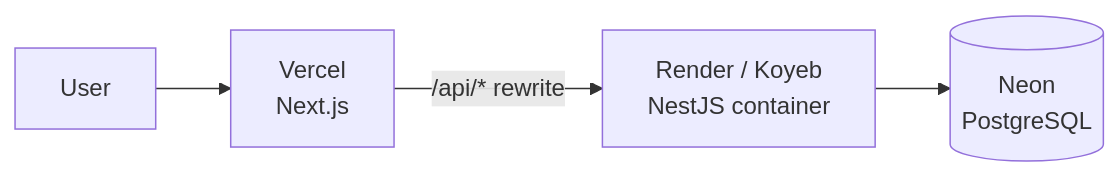
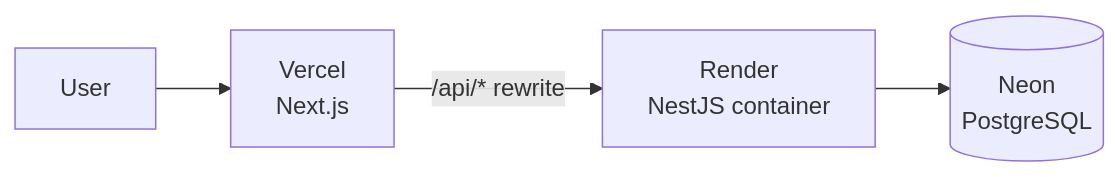
One commit to istiak133/Tesla changed the fifth of 5 diagrams in docs/architecture.md. Above: the diagram before and after it, drawn with Mermaid. The commit also changed other lines of this file and 2 other files, not shown here.

Commit message:
docs: align architecture and assumptions with the implementation

````diff
--- a/docs/architecture.md
+++ b/docs/architecture.md
@@ -110,6 +113,6 @@
 ```mermaid
 flowchart LR
     U[User] --> V[Vercel<br/>Next.js]
-    V -->|/api/* rewrite| RN[Render / Koyeb<br/>NestJS container]
+    V -->|/api/* rewrite| RN[Render<br/>NestJS container]
     RN --> NE[(Neon<br/>PostgreSQL)]
 ```
````
